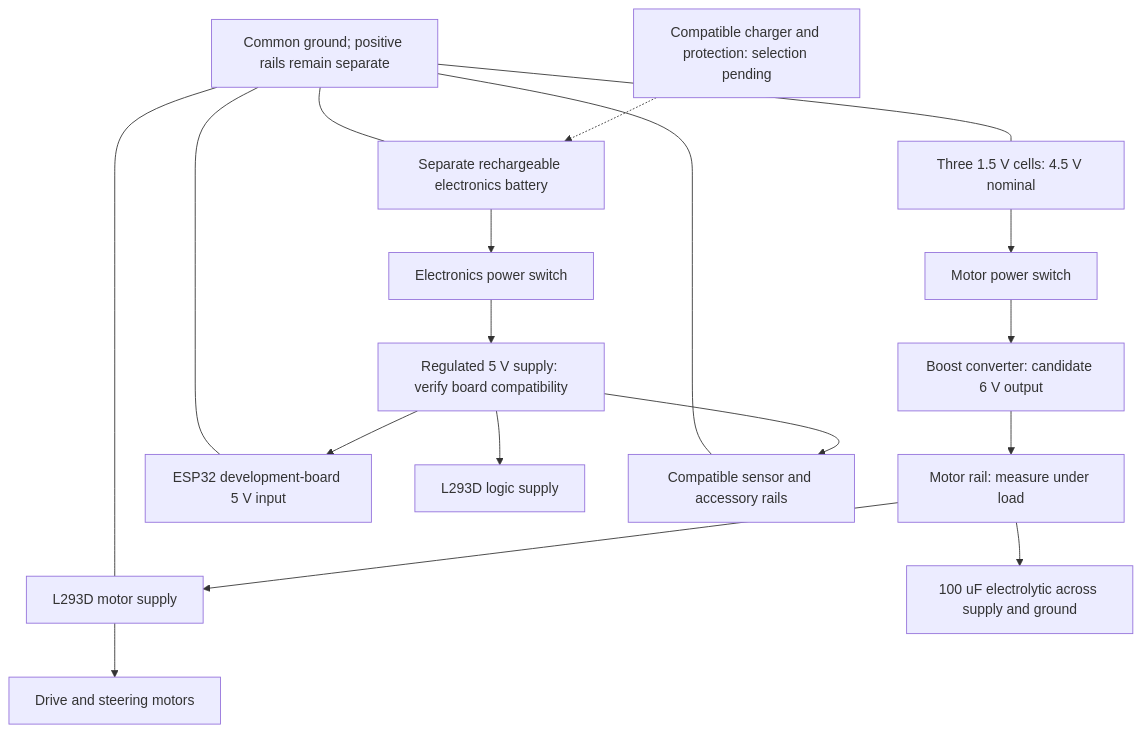
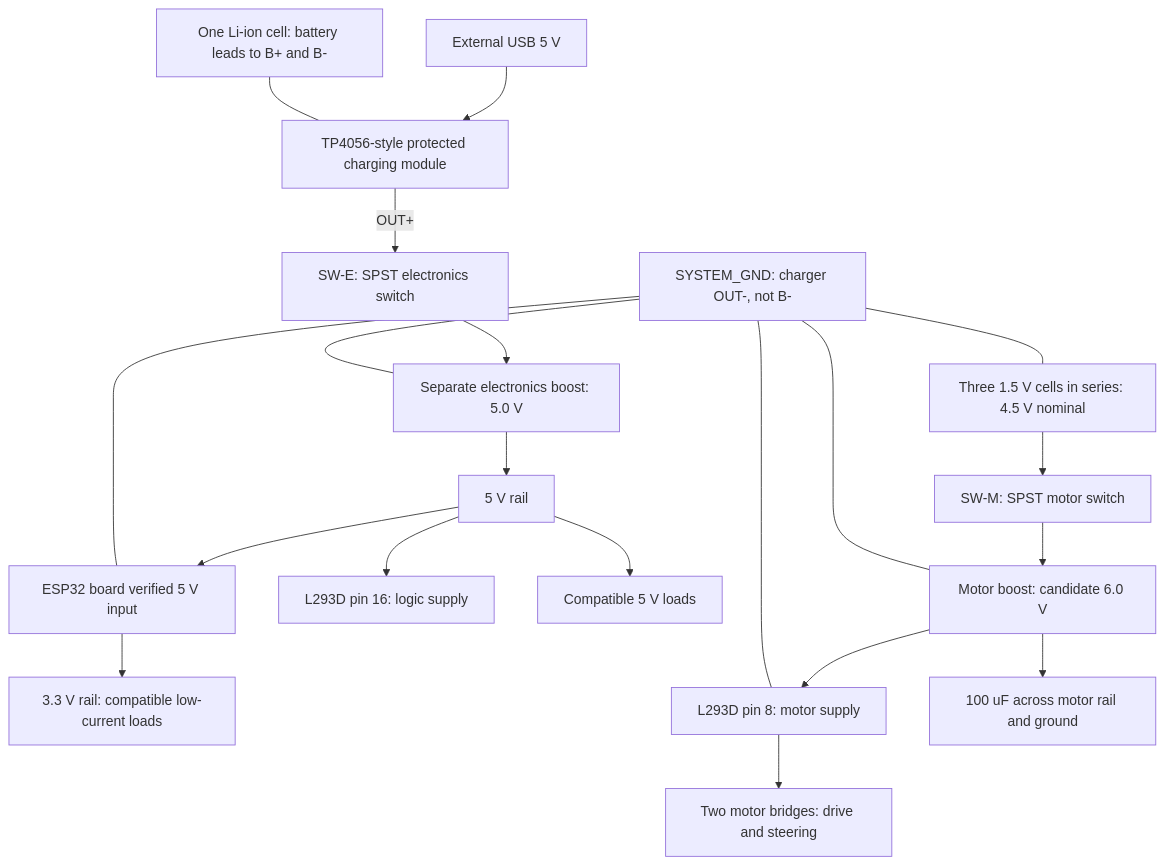
The second of 2 diagrams in diagrams/README.md (JS2028EE/Dual-Motor-V2), drawn with Mermaid before and after one commit. The commit also changed other lines of this file and 4 other files, not shown here.

Commit message:
Plan power terminals, TP4056 charging, separate SPST switches and supply rails

````diff
--- a/diagrams/README.md
+++ b/diagrams/README.md
@@ -26,22 +28,24 @@
 ```mermaid
 flowchart TD
-    Cells["Three 1.5 V cells: 4.5 V nominal"] --> SwitchM["Motor power switch"]
-    SwitchM --> Boost["Boost converter: candidate 6 V output"]
-    Boost --> MotorRail["Motor rail: measure under load"]
-    MotorRail --> L293["L293D motor supply"]
-    MotorRail --> Cap["100 uF electrolytic across supply and ground"]
-    L293 --> Motors["Drive and steering motors"]
+    USB["External USB 5 V"] --> Charger["TP4056-style protected charging module"]
+    Cell["One Li-ion cell: battery leads to B+ and B-"] --- Charger
+    Charger -->|"OUT+"| SWE["SW-E: SPST electronics switch"]
+    SWE --> BoostE["Separate electronics boost: 5.0 V"]
+    BoostE --> Rail5["5 V rail"]
+    Rail5 --> ESP["ESP32 board verified 5 V input"]
+    ESP --> Rail3["3.3 V rail: compatible low-current loads"]
+    Rail5 --> Logic["L293D pin 16: logic supply"]
+    Rail5 --> Loads["Compatible 5 V loads"]
 
-    Charge["Compatible charger and protection: selection pending"] -.-> Battery["Separate rechargeable electronics battery"]
-    Battery --> SwitchE["Electronics power switch"]
-    SwitchE --> Reg["Regulated 5 V supply: verify board compatibility"]
-    Reg --> ESP["ESP32 development-board 5 V input"]
-    Reg --> Logic["L293D logic supply"]
-    Reg --> Loads["Compatible sensor and accessory rails"]
+    AA["Three 1.5 V cells in series: 4.5 V nominal"] --> SWM["SW-M: SPST motor switch"]
+    SWM --> BoostM["Motor boost: candidate 6.0 V"]
+    BoostM --> VM["L293D pin 8: motor supply"]
+    BoostM --> Cap["100 uF across motor rail and ground"]
+    VM --> Motors["Two motor bridges: drive and steering"]
 
-    Ground["Common ground; positive rails remain separate"] --- Cells
-    Ground --- Battery
-    Ground --- L293
-    Ground --- ESP
-    Ground --- Loads
+    GND["SYSTEM_GND: charger OUT-, not B-"] --- AA
+    GND --- ESP
+    GND --- VM
+    GND --- BoostE
+    GND --- BoostM
 ```
````
